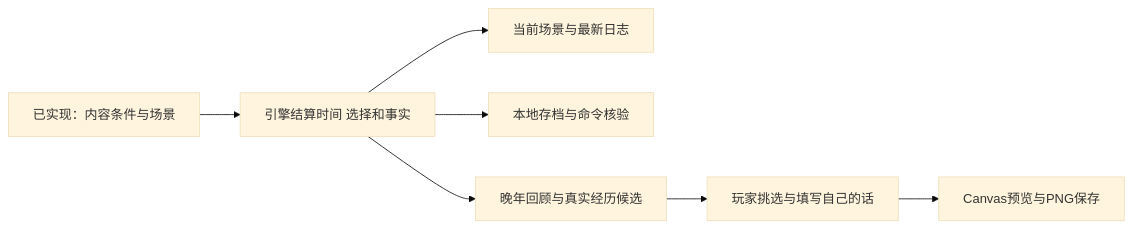
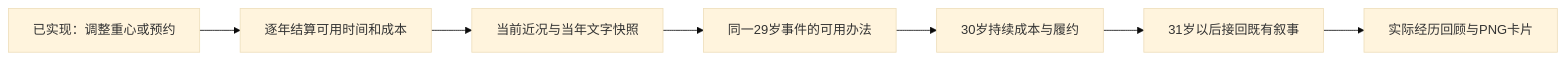
Before and after one commit to yuki-uix/life-sim-product-study: the diagram in web/README.md, drawn with Mermaid (base theme). The commit also changed other lines of this file and 18 other files, not shown here.

````diff
--- a/web/README.md
+++ b/web/README.md
@@ -33,9 +34,9 @@
 ```mermaid
 flowchart LR
-    A[已实现：内容条件与场景] --> B[引擎结算时间 选择和事实]
-    B --> C[当前场景与最新日志]
-    B --> D[本地存档与命令核验]
-    B --> E[晚年回顾与真实经历候选]
-    E --> F[玩家挑选与填写自己的话]
-    F --> G[Canvas预览与PNG保存]
+    A[已实现：调整重心或预约] --> B[逐年结算可用时间和成本]
+    B --> C[当前近况与当年文字快照]
+    C --> D[同一29岁事件的可用办法]
+    D --> E[30岁持续成本与履约]
+    E --> F[31岁以后接回既有叙事]
+    F --> G[实际经历回顾与PNG卡片]
 ```
````
